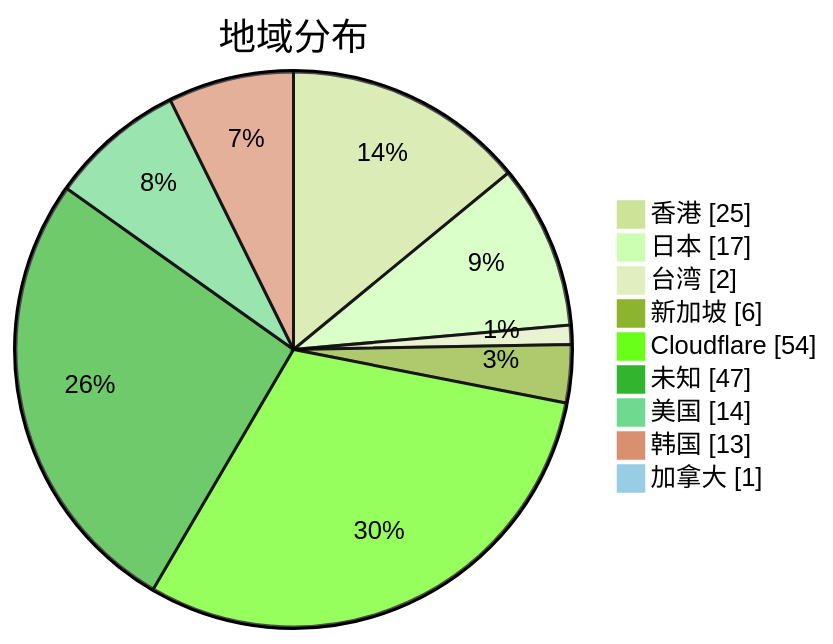
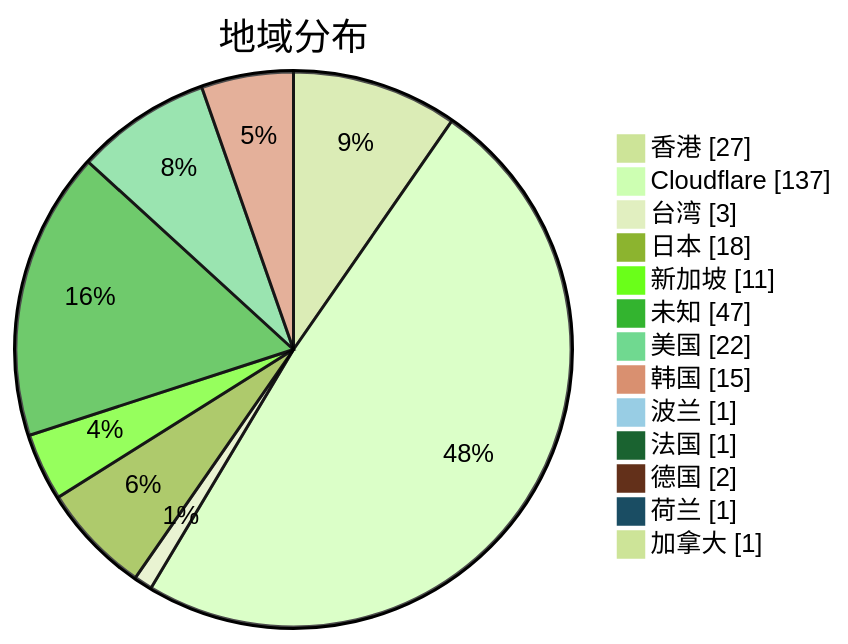
Before and after one commit to qjlxg/airport: the second of 3 diagrams in subs/statistics/tested_within.md, drawn with Mermaid (forest theme). The commit also changed other lines of this file and 2 other files, not shown here.

````diff
--- a/subs/statistics/tested_within.md
+++ b/subs/statistics/tested_within.md
@@ -12,13 +13,17 @@
 ```mermaid
 pie showData
 title 地域分布
-"香港" : 25
-"日本" : 17
-"台湾" : 2
-"新加坡" : 6
-"Cloudflare" : 54
+"香港" : 27
+"Cloudflare" : 137
+"台湾" : 3
+"日本" : 18
+"新加坡" : 11
 "未知" : 47
-"美国" : 14
-"韩国" : 13
+"美国" : 22
+"韩国" : 15
+"波兰" : 1
+"法国" : 1
+"德国" : 2
+"荷兰" : 1
 "加拿大" : 1
 ```
````
